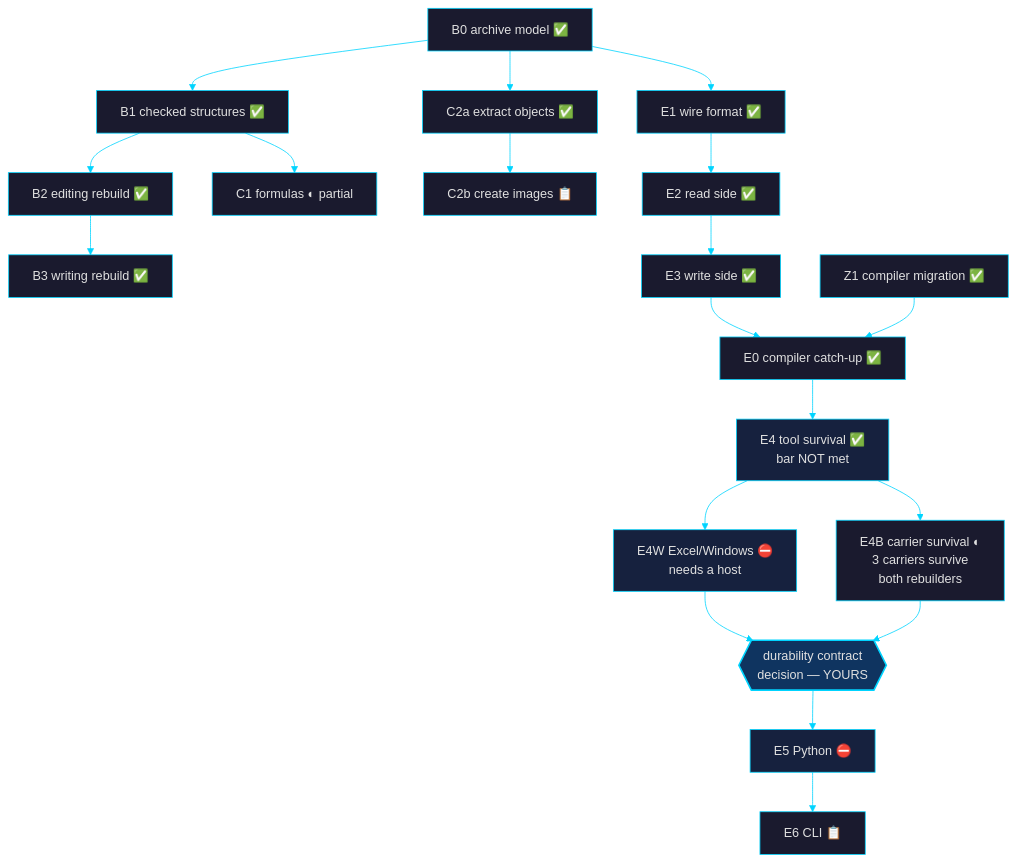
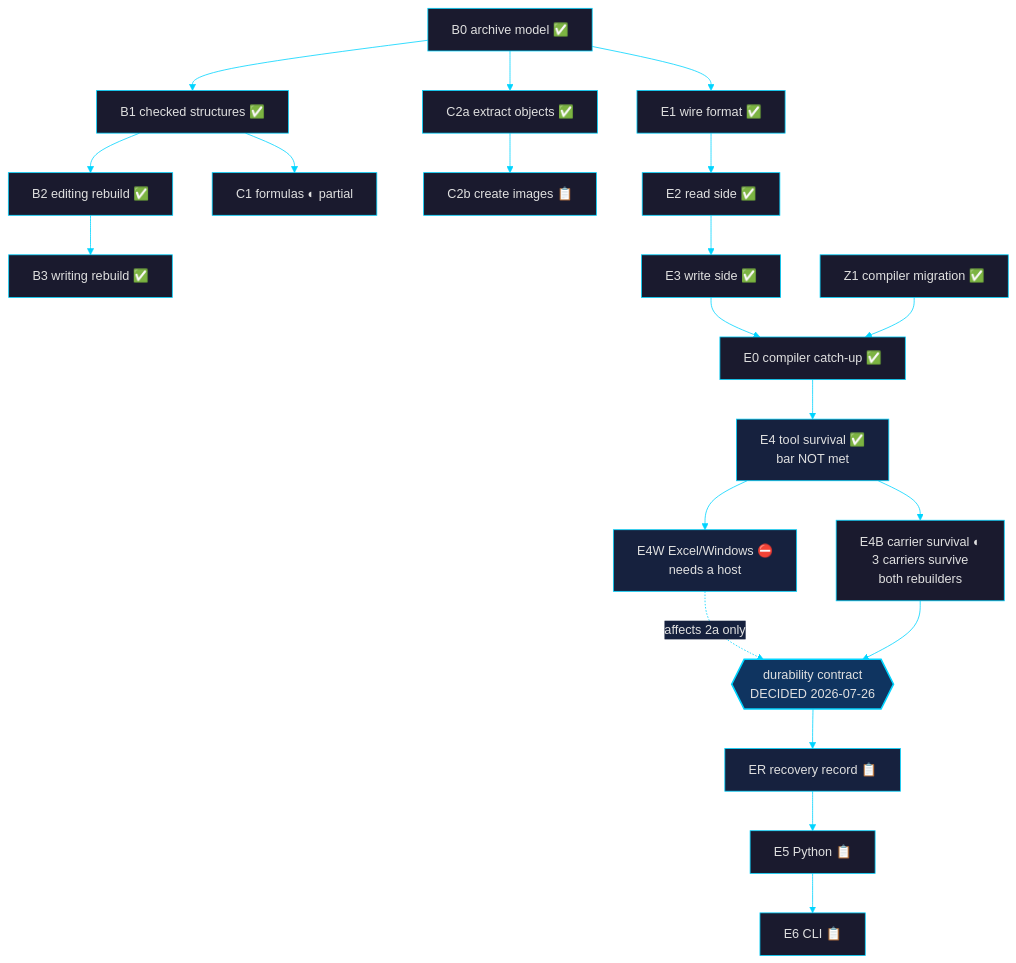
One commit to laurentfabre/zlsx changed the diagram in goal_plan.md. Above: the diagram before and after it, drawn with Mermaid. The commit also changed other lines of this file and 2 other files, not shown here.

First line of the commit message:
docs(emb): decide the durability contract gating emb-5 (#126)

````diff
--- a/goal_plan.md
+++ b/goal_plan.md
@@ -79,28 +80,29 @@
 ```mermaid
 %%{init: {'theme': 'base', 'themeVariables': {'primaryColor': '#1a1a2e', 'primaryTextColor': '#e0e0e0', 'primaryBorderColor': '#00d4ff', 'lineColor': '#00d4ff', 'secondaryColor': '#16213e', 'tertiaryColor': '#0f3460', 'fontFamily': 'monospace'}}}%%
 graph TD
     B0["B0 archive model ✅"] --> B1["B1 checked structures ✅"]
     B1 --> B2["B2 editing rebuild ✅"]
     B2 --> B3["B3 writing rebuild ✅"]
     B0 --> C2a["C2a extract objects ✅"]
     C2a --> C2b["C2b create images 📋"]
     B1 --> C1["C1 formulas ◐ partial"]
 
     B0 --> E1["E1 wire format ✅"]
     E1 --> E2["E2 read side ✅"]
     E2 --> E3["E3 write side ✅"]
     Z1["Z1 compiler migration ✅"] --> E0["E0 compiler catch-up ✅"]
     E3 --> E0
     E0 --> E4["E4 tool survival ✅<br/>bar NOT met"]
     E4 --> E4W["E4W Excel/Windows ⛔<br/>needs a host"]
     E4 --> E4B["E4B carrier survival ◐<br/>3 carriers survive<br/>both rebuilders"]
-    E4W --> DEC{{"durability contract<br/>decision — YOURS"}}
-    E4B --> DEC
-    DEC --> E5["E5 Python ⛔"]
+    E4B --> DEC{{"durability contract<br/>DECIDED 2026-07-26"}}
+    E4W -.->|"affects 2a only"| DEC
+    DEC --> ER["ER recovery record 📋"]
+    ER --> E5["E5 Python 📋"]
     E5 --> E6["E6 CLI 📋"]
 
     style DEC fill:#0f3460,stroke:#00d4ff,stroke-width:2px
     style E4 fill:#16213e
     style E4W fill:#16213e
-    style E5 fill:#16213e
+    style ER fill:#16213e
 ```
````
